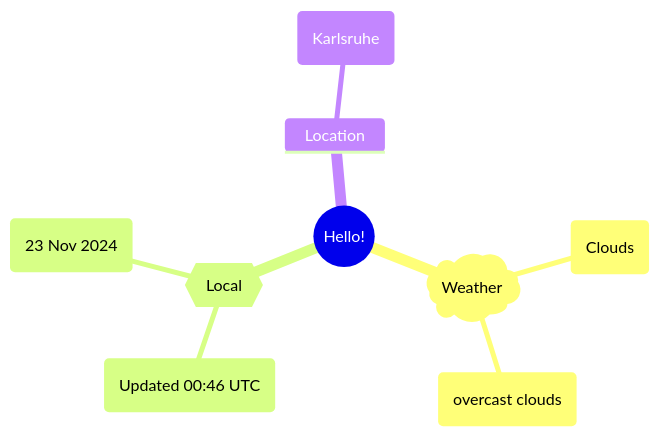
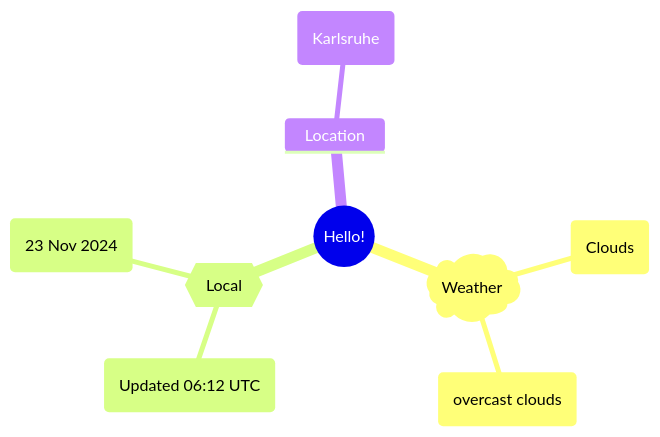
The first of 2 diagrams in README.md (Xosrov/Xosrov), drawn with Mermaid before and after one commit.

Commit message:
[bot] updated images

````diff
--- a/README.md
+++ b/README.md
@@ -3,12 +3,12 @@
 ```mermaid
 mindmap
   root((Hello!))
     )Weather(
         (Clouds)
         (overcast clouds)
     {{Local}}
-        (Updated 00:46 UTC)
+        (Updated 06:12 UTC)
         (23 Nov 2024)
     Location
         (Karlsruhe)
 ```
````
